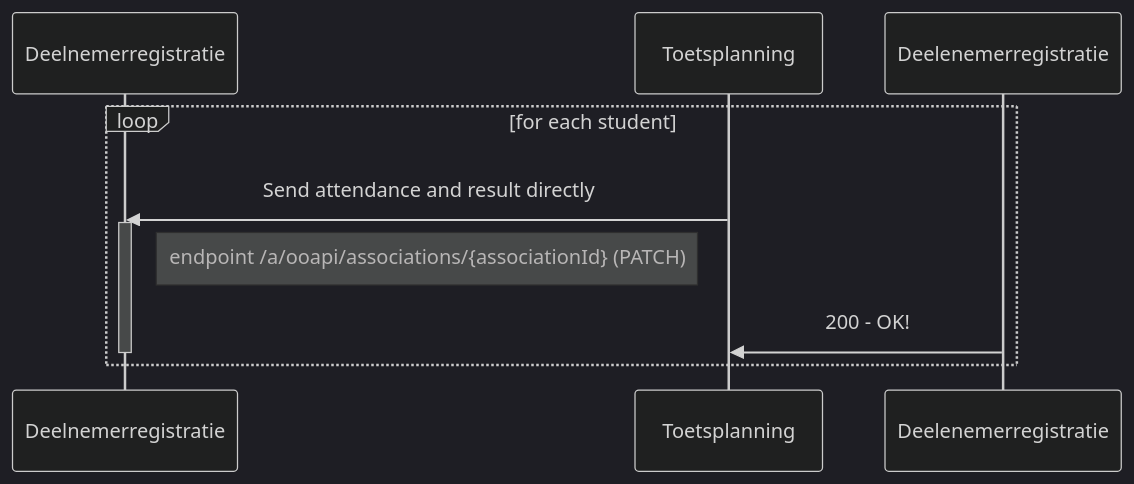
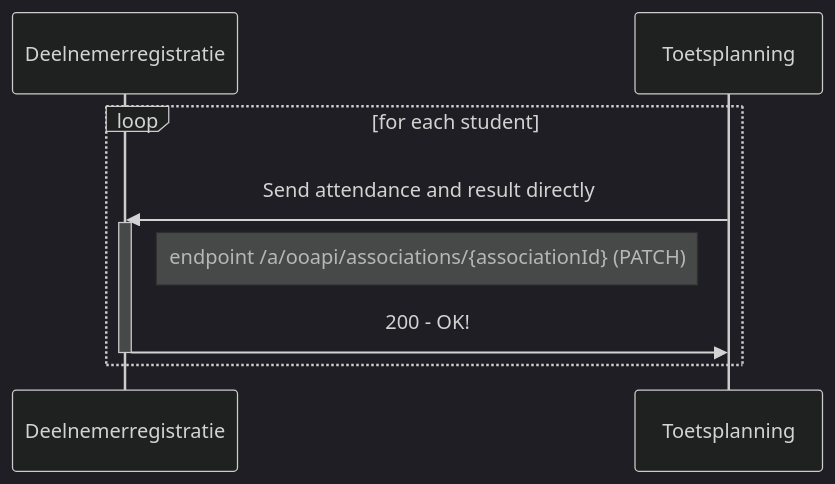
The first of 2 diagrams in doc/flow5.md (NetwerkExamineringDigitalisering/NED-OOAPI), drawn with Mermaid (dark theme) before and after one commit.

````diff
--- a/doc/flow5.md
+++ b/doc/flow5.md
@@ -9,12 +9,12 @@
 ```mermaid
 sequenceDiagram
     participant Deelnemerregistratie
     participant Toetsplanning
     loop for each student
       Toetsplanning->>Deelnemerregistratie: Send attendance and result directly
       activate Deelnemerregistratie
       Note right of Deelnemerregistratie: endpoint /a/ooapi/associations/{associationId} (PATCH)
-      Deelenemerregistratie->>Toetsplanning: 200 - OK!
+      Deelnemerregistratie->>Toetsplanning: 200 - OK!
       deactivate Deelnemerregistratie
     end
 ```
````
